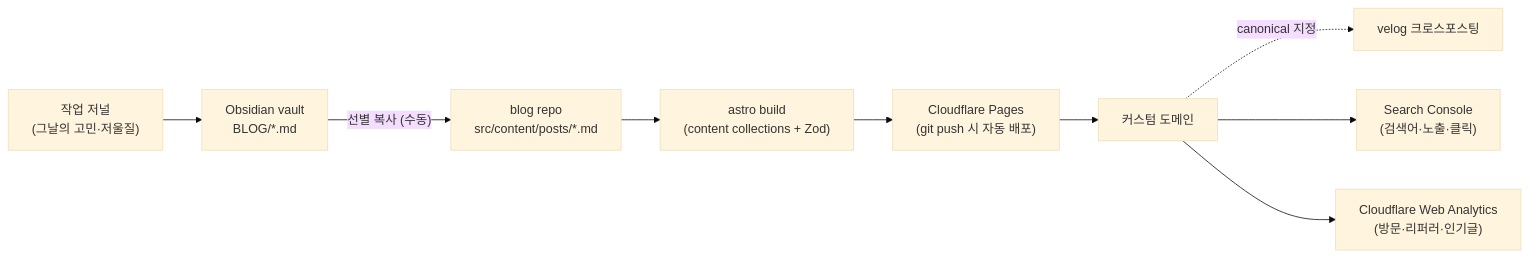
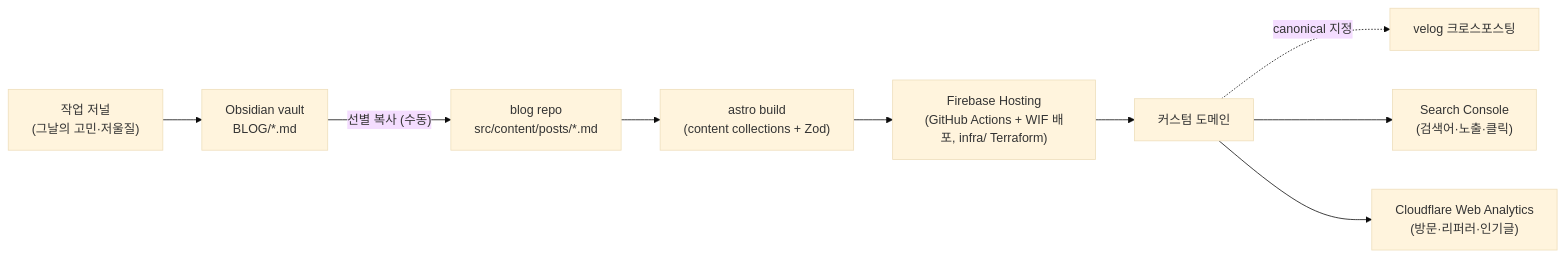
One commit to rud1676/daniel-blog.web.app changed the diagram in docs/DESIGN.md. Above: the diagram before and after it, drawn with Mermaid (base theme). The commit also changed other lines of this file and 3 other files, not shown here.

Commit message:
docs: 호스팅을 Firebase Hosting + Terraform으로 변경 (ADR-006)

````diff
--- a/docs/DESIGN.md
+++ b/docs/DESIGN.md
@@ -117,11 +146,11 @@
 ```mermaid
 graph LR
     A["작업 저널<br/>(그날의 고민·저울질)"] --> B["Obsidian vault<br/>BLOG/*.md"]
     B -->|"선별 복사 (수동)"| C["blog repo<br/>src/content/posts/*.md"]
     C --> D["astro build<br/>(content collections + Zod)"]
-    D --> E["Cloudflare Pages<br/>(git push 시 자동 배포)"]
+    D --> E["Firebase Hosting<br/>(GitHub Actions + WIF 배포, infra/ Terraform)"]
     E --> F["커스텀 도메인"]
     F -.->|"canonical 지정"| G["velog 크로스포스팅"]
     F --> H["Search Console<br/>(검색어·노출·클릭)"]
     F --> I["Cloudflare Web Analytics<br/>(방문·리퍼러·인기글)"]
 ```
````
